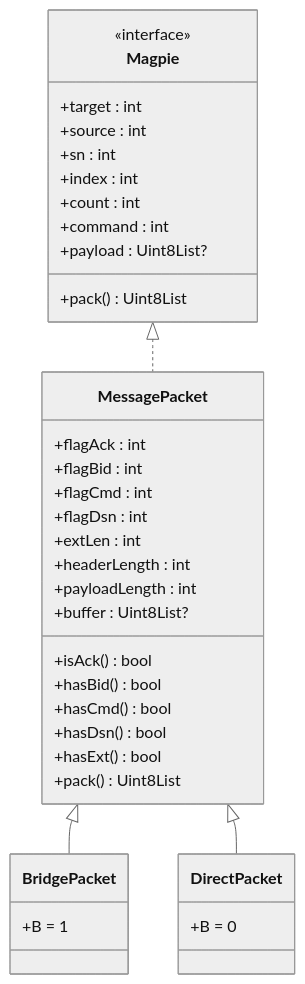
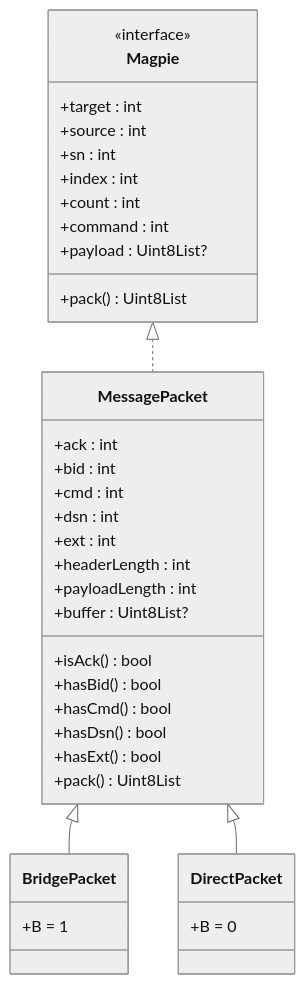
Before and after one commit to moky/magpie: the diagram in docs/sdk.md, drawn with Mermaid (neutral theme). The commit also changed other lines of this file and 2 other files, not shown here.

````diff
--- a/docs/sdk.md
+++ b/docs/sdk.md
@@ -14,40 +14,40 @@
 ```mermaid
 classDiagram
     class Magpie {
         <<interface>>
         +target : int
         +source : int
         +sn : int
         +index : int
         +count : int
         +command : int
         +payload : Uint8List?
         +pack() Uint8List
     }
     class MessagePacket {
-        +flagAck : int
-        +flagBid : int
-        +flagCmd : int
-        +flagDsn : int
-        +extLen : int
+        +ack : int
+        +bid : int
+        +cmd : int
+        +dsn : int
+        +ext : int
         +headerLength : int
         +payloadLength : int
         +buffer : Uint8List?
         +isAck() bool
         +hasBid() bool
         +hasCmd() bool
         +hasDsn() bool
         +hasExt() bool
         +pack() Uint8List
     }
     class BridgePacket {
         +B = 1
     }
     class DirectPacket {
         +B = 0
     }
 
     Magpie <|.. MessagePacket
     MessagePacket <|-- BridgePacket
     MessagePacket <|-- DirectPacket
 ```
````
